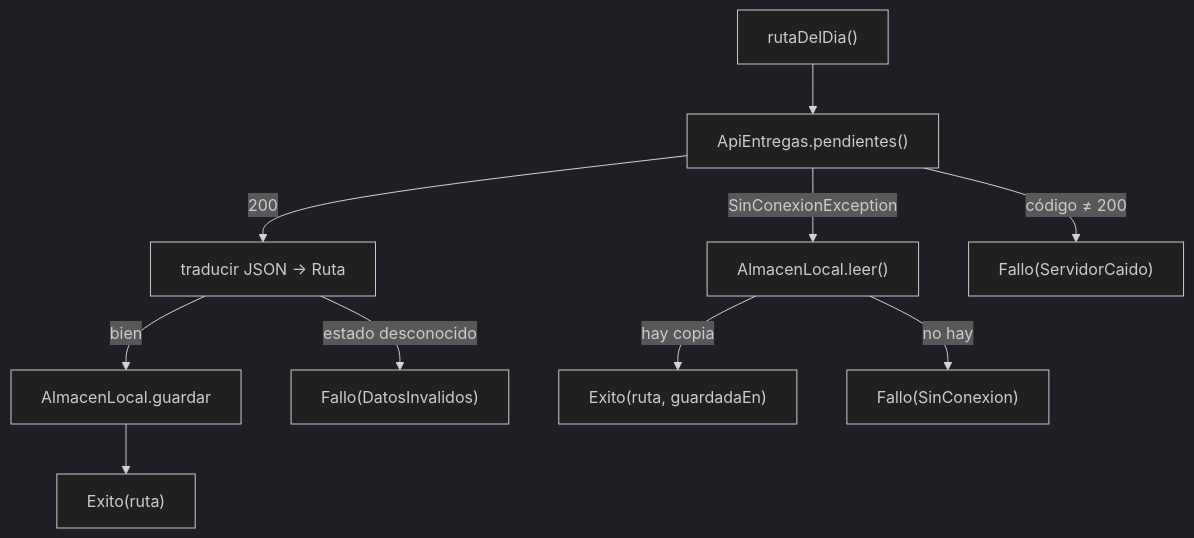
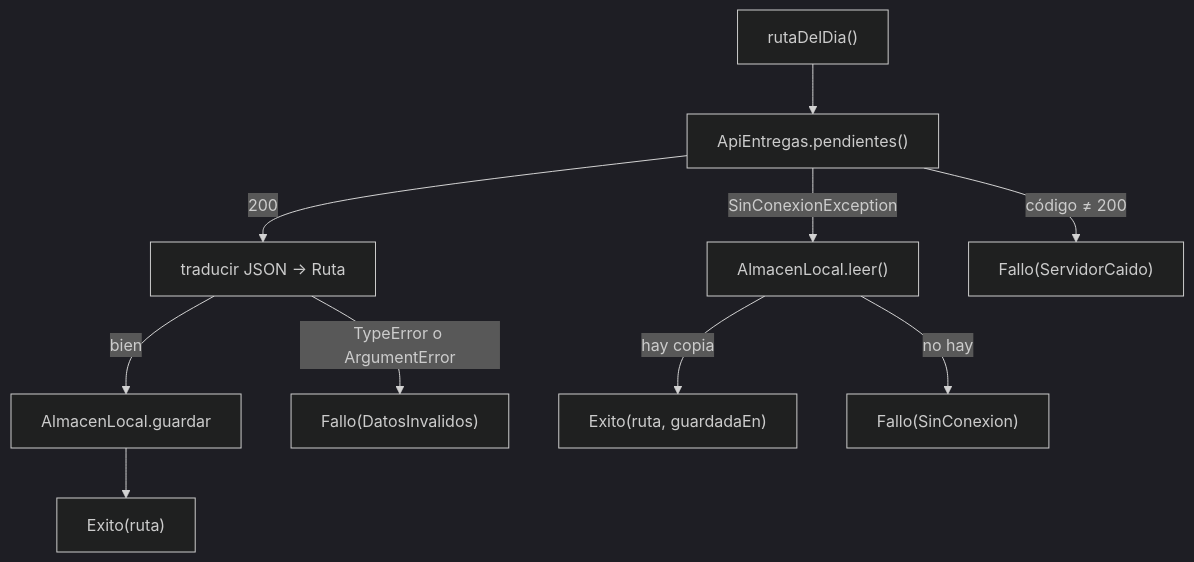
Before and after one commit to NICORUIZ93/The_Imperial_Book: the second of 4 diagrams in web/public/content/flutter/modulo-12.md, drawn with Mermaid (dark theme). The commit also changed other lines of this file and 65 other files, not shown here.

````diff
--- a/web/public/content/flutter/modulo-12.md
+++ b/web/public/content/flutter/modulo-12.md
@@ -431,11 +617,11 @@
 ```mermaid
 flowchart TB
     R["rutaDelDia()"] --> A["ApiEntregas.pendientes()"]
     A -->|200| T["traducir JSON → Ruta"]
     T -->|bien| G["AlmacenLocal.guardar"] --> E1["Exito(ruta)"]
-    T -->|estado desconocido| F3["Fallo(DatosInvalidos)"]
+    T -->|"TypeError o ArgumentError"| F3["Fallo(DatosInvalidos)"]
     A -->|SinConexionException| L["AlmacenLocal.leer()"]
     L -->|hay copia| E2["Exito(ruta, guardadaEn)"]
     L -->|no hay| F1["Fallo(SinConexion)"]
     A -->|código ≠ 200| F2["Fallo(ServidorCaido)"]
 ```
````
